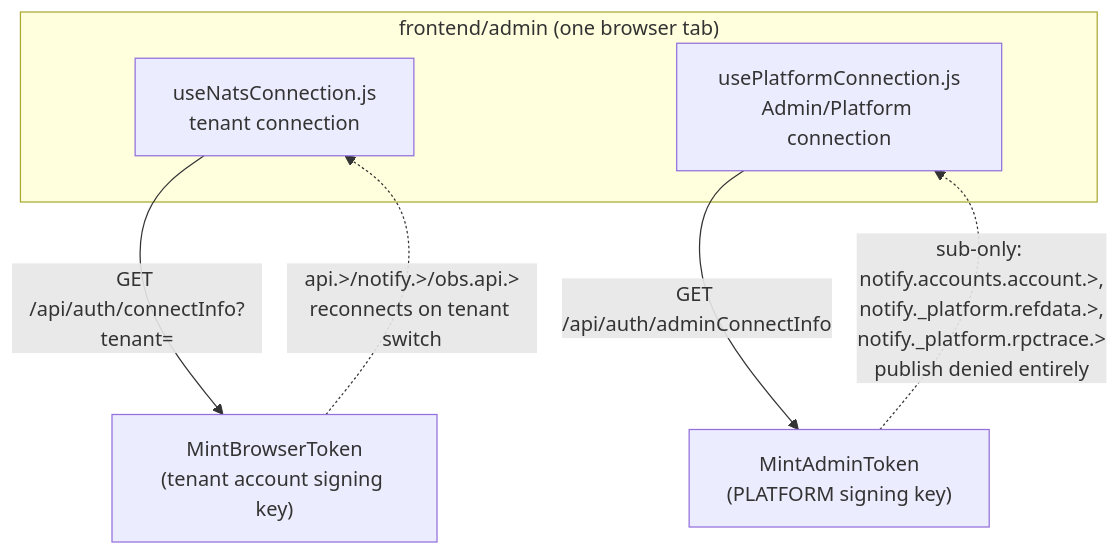
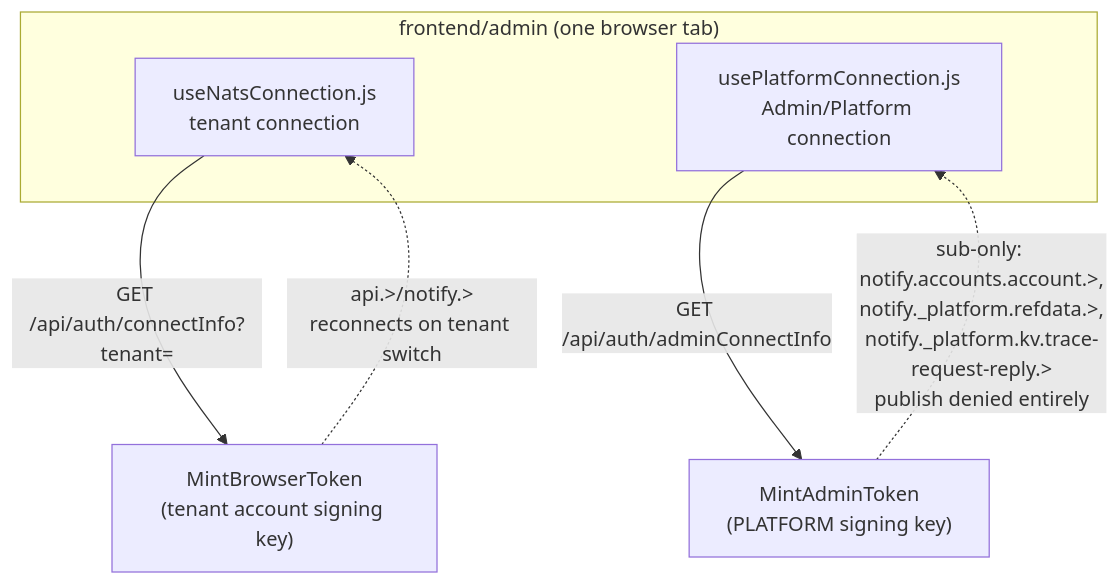
Before and after one commit to jthomas78/nats-tech-lab: the first of 16 diagrams in obsidian/V3-Platform/Architecture/Dictionary-POC/ARCHITECTURE-ACCOUNTS.md, drawn with Mermaid. The commit also changed other lines of this file and 142 other files, not shown here.

````diff
--- a/obsidian/V3-Platform/Architecture/Dictionary-POC/ARCHITECTURE-ACCOUNTS.md
+++ b/obsidian/V3-Platform/Architecture/Dictionary-POC/ARCHITECTURE-ACCOUNTS.md
@@ -247,11 +248,11 @@
 ```mermaid
 flowchart TB
     subgraph Browser["frontend/admin (one browser tab)"]
         Tenant["useNatsConnection.js<br/>tenant connection"]
         Platform["usePlatformConnection.js<br/>Admin/Platform connection"]
     end
     Tenant -- "GET /api/auth/connectInfo?tenant=" --> MintBrowser["MintBrowserToken<br/>(tenant account signing key)"]
     Platform -- "GET /api/auth/adminConnectInfo" --> MintAdmin["MintAdminToken<br/>(PLATFORM signing key)"]
-    MintBrowser -.->|"api.&gt;/notify.&gt;/obs.api.&gt;<br/>reconnects on tenant switch"| Tenant
-    MintAdmin -.->|"sub-only: notify.accounts.account.&gt;,<br/>notify._platform.refdata.&gt;,<br/>notify._platform.rpctrace.&gt;<br/>publish denied entirely"| Platform
+    MintBrowser -.->|"api.&gt;/notify.&gt;<br/>reconnects on tenant switch"| Tenant
+    MintAdmin -.->|"sub-only: notify.accounts.account.&gt;,<br/>notify._platform.refdata.&gt;,<br/>notify._platform.kv.trace-request-reply.&gt;<br/>publish denied entirely"| Platform
 ```
````
